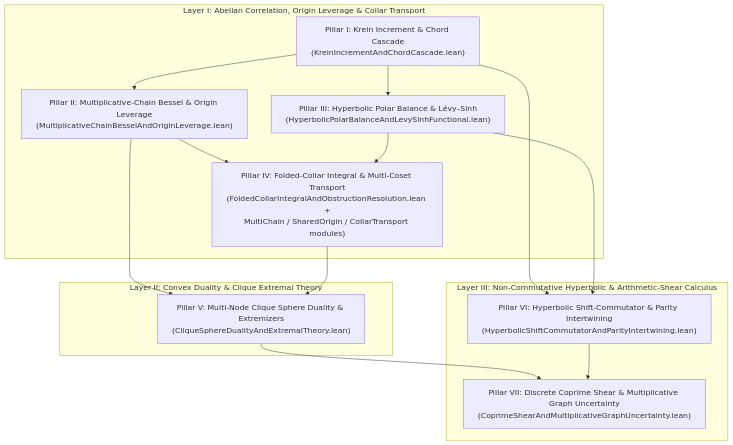
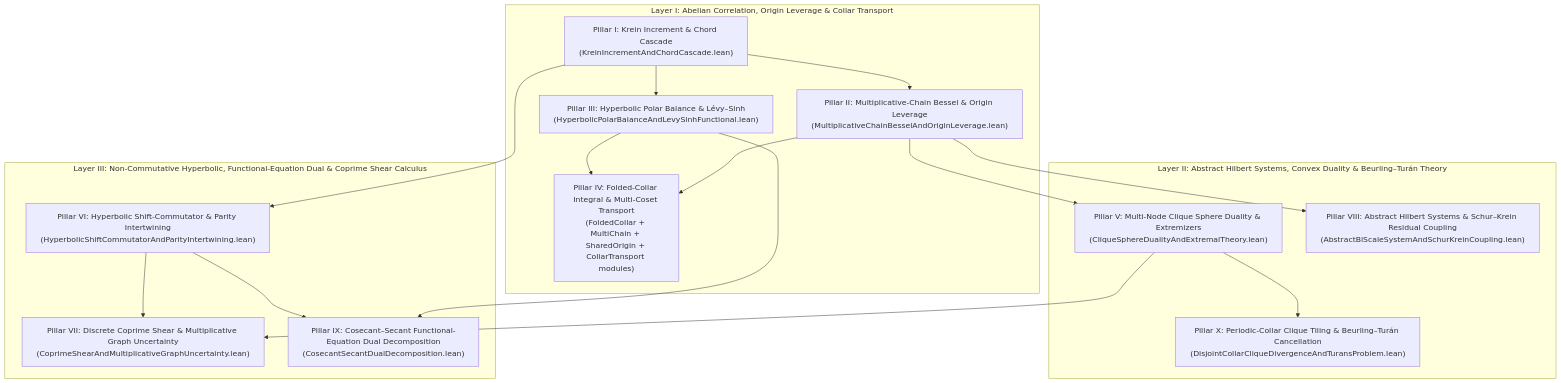
Before and after one commit to michael-haufschild-gib/hgt: the diagram in formal/GaloisForLFunctions/BiScaleUncertainty/README.md, drawn with Mermaid. The commit also changed other lines of this file and 32 other files, not shown here.

````diff
--- a/formal/GaloisForLFunctions/BiScaleUncertainty/README.md
+++ b/formal/GaloisForLFunctions/BiScaleUncertainty/README.md
@@ -122,29 +124,34 @@
 ```mermaid
 flowchart TD
     subgraph Layer1["Layer I: Abelian Correlation, Origin Leverage & Collar Transport"]
         P1["Pillar I: Krein Increment & Chord Cascade<br/>(KreinIncrementAndChordCascade.lean)"]
         P2["Pillar II: Multiplicative-Chain Bessel & Origin Leverage<br/>(MultiplicativeChainBesselAndOriginLeverage.lean)"]
         P3["Pillar III: Hyperbolic Polar Balance & Lévy–Sinh<br/>(HyperbolicPolarBalanceAndLevySinhFunctional.lean)"]
-        P4["Pillar IV: Folded-Collar Integral & Multi-Coset Transport<br/>(FoldedCollarIntegralAndObstructionResolution.lean +<br/>MultiChain / SharedOrigin / CollarTransport modules)"]
+        P4["Pillar IV: Folded-Collar Integral & Multi-Coset Transport<br/>(FoldedCollar + MultiChain + SharedOrigin + CollarTransport modules)"]
     end
 
-    subgraph Layer2["Layer II: Convex Duality & Clique Extremal Theory"]
+    subgraph Layer2["Layer II: Abstract Hilbert Systems, Convex Duality & Beurling–Turán Theory"]
         P5["Pillar V: Multi-Node Clique Sphere Duality & Extremizers<br/>(CliqueSphereDualityAndExtremalTheory.lean)"]
+        P8["Pillar VIII: Abstract Hilbert Systems & Schur–Krein Residual Coupling<br/>(AbstractBiScaleSystemAndSchurKreinCoupling.lean)"]
+        P10["Pillar X: Periodic-Collar Clique Tiling & Beurling–Turán Cancellation<br/>(DisjointCollarCliqueDivergenceAndTuransProblem.lean)"]
     end
 
-    subgraph Layer3["Layer III: Non-Commutative Hyperbolic & Arithmetic-Shear Calculus"]
+    subgraph Layer3["Layer III: Non-Commutative Hyperbolic, Functional-Equation Dual & Coprime Shear Calculus"]
         P6["Pillar VI: Hyperbolic Shift-Commutator & Parity Intertwining<br/>(HyperbolicShiftCommutatorAndParityIntertwining.lean)"]
         P7["Pillar VII: Discrete Coprime Shear & Multiplicative Graph Uncertainty<br/>(CoprimeShearAndMultiplicativeGraphUncertainty.lean)"]
+        P9["Pillar IX: Cosecant–Secant Functional-Equation Dual Decomposition<br/>(CosecantSecantDualDecomposition.lean)"]
     end
 
     P1 --> P2
     P1 --> P3
     P2 --> P4
     P3 --> P4
     P2 --> P5
-    P4 --> P5
+    P2 --> P8
+    P5 --> P10
     P1 --> P6
-    P3 --> P6
+    P3 --> P9
+    P6 --> P9
     P5 --> P7
     P6 --> P7
 ```
````
